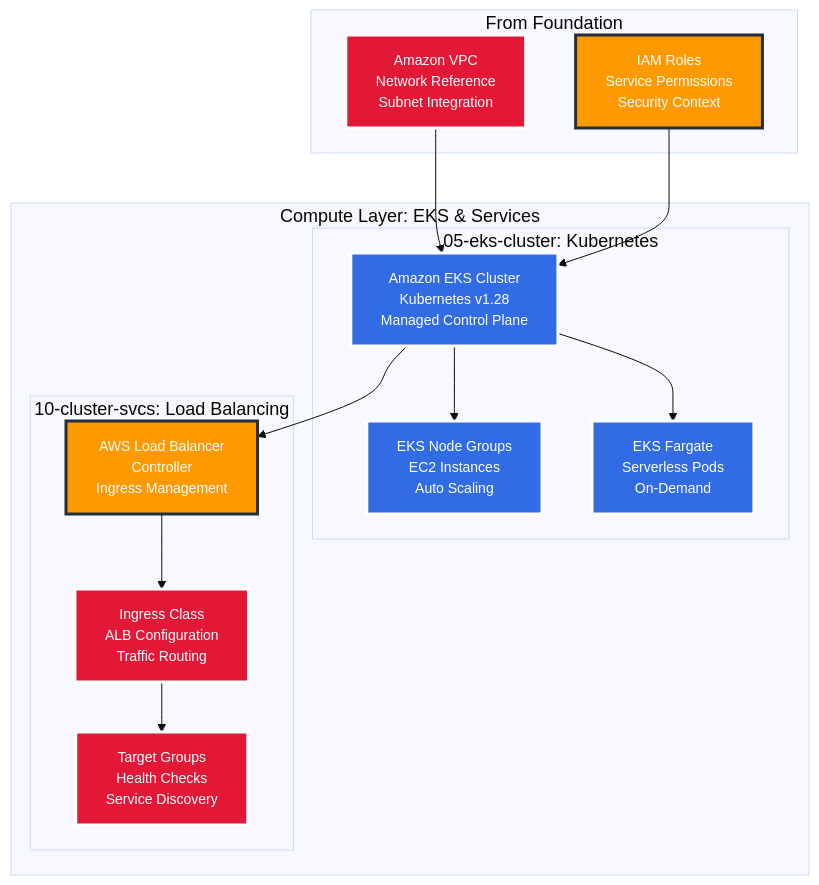
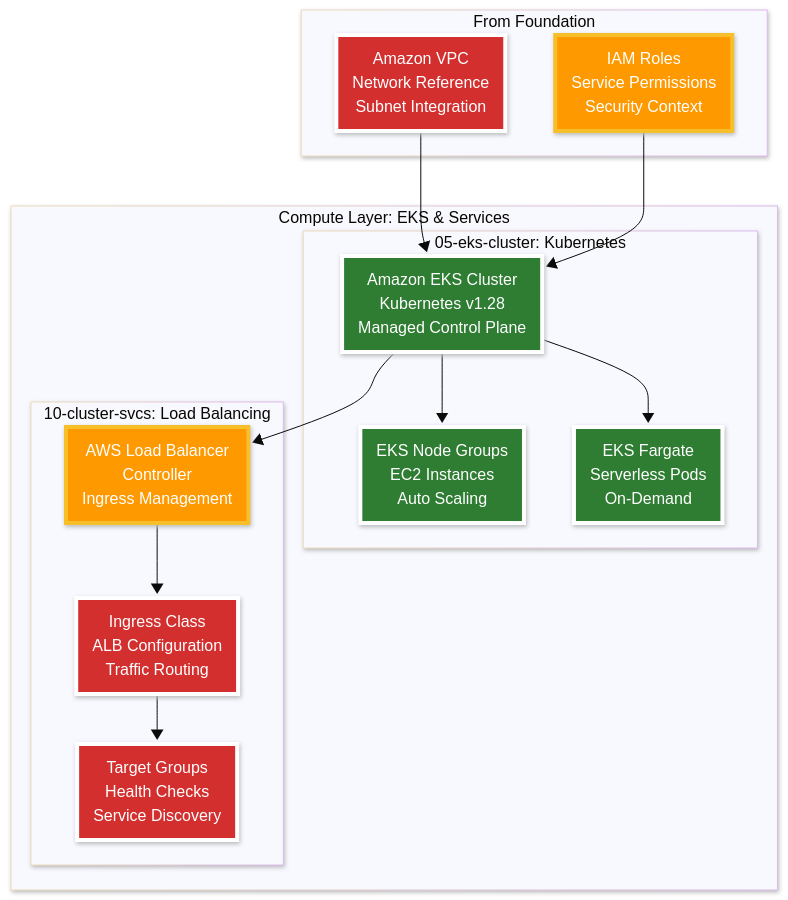
Before and after one commit to pulumi/pulumi-self-hosted-installers: the diagram in eks-hosted/diagrams/03-compute.mmd, drawn with Mermaid. The commit also changed 55 other files, not shown here.

```diff
--- a/eks-hosted/diagrams/03-compute.mmd
+++ b/eks-hosted/diagrams/03-compute.mmd
@@ -1,32 +1,36 @@
-%%{init: {'theme':'base', 'themeVariables': {'fontSize': '18px', 'fontFamily': 'Arial, sans-serif'}}}%%
+---
+config:
+  look: neo
+  theme: base
+---
 graph TD
-    classDef k8s fill:#326CE5,stroke:#FFFFFF,stroke-width:3px,color:#FFFFFF,font-size:14px
-    classDef aws fill:#FF9900,stroke:#232F3E,stroke-width:3px,color:#FFFFFF,font-size:14px
-    classDef network fill:#E31837,stroke:#FFFFFF,stroke-width:3px,color:#FFFFFF,font-size:14px
+    classDef awsCompute fill:#2E7D32,stroke:#FFFFFF,stroke-width:4px,color:#FFFFFF
+    classDef awsInfra fill:#FF9900,stroke:#f7bf2a,stroke-width:4px,color:#FFFFFF
+    classDef awsNetwork fill:#D32F2F,stroke:#FFFFFF,stroke-width:4px,color:#FFFFFF
     
     subgraph COMPUTE["Compute Layer: EKS & Services"]
         subgraph EKS_CLUSTER["05-eks-cluster: Kubernetes"]
-            EKS[Amazon EKS Cluster<br/>Kubernetes v1.28<br/>Managed Control Plane]:::k8s
-            NODES[EKS Node Groups<br/>EC2 Instances<br/>Auto Scaling]:::k8s
-            FARGATE[EKS Fargate<br/>Serverless Pods<br/>On-Demand]:::k8s
+            EKS[Amazon EKS Cluster<br/>Kubernetes v1.28<br/>Managed Control Plane]:::awsCompute
+            NODES[EKS Node Groups<br/>EC2 Instances<br/>Auto Scaling]:::awsCompute
+            FARGATE[EKS Fargate<br/>Serverless Pods<br/>On-Demand]:::awsCompute
         end
         
         subgraph CLUSTER_SVCS["10-cluster-svcs: Load Balancing"]
-            ALB_CONTROLLER[AWS Load Balancer<br/>Controller<br/>Ingress Management]:::aws
-            INGRESS_CLASS[Ingress Class<br/>ALB Configuration<br/>Traffic Routing]:::network
-            TARGET_GROUPS[Target Groups<br/>Health Checks<br/>Service Discovery]:::network
+            ALB_CONTROLLER[AWS Load Balancer<br/>Controller<br/>Ingress Management]:::awsInfra
+            INGRESS_CLASS[Ingress Class<br/>ALB Configuration<br/>Traffic Routing]:::awsNetwork
+            TARGET_GROUPS[Target Groups<br/>Health Checks<br/>Service Discovery]:::awsNetwork
         end
     end
     
     subgraph NET_REF["From Foundation"]
-        VPC_REF[Amazon VPC<br/>Network Reference<br/>Subnet Integration]:::network
-        IAM_REF[IAM Roles<br/>Service Permissions<br/>Security Context]:::aws
+        VPC_REF[Amazon VPC<br/>Network Reference<br/>Subnet Integration]:::awsNetwork
+        IAM_REF[IAM Roles<br/>Service Permissions<br/>Security Context]:::awsInfra
     end
     
     VPC_REF --> EKS
     IAM_REF --> EKS
     EKS --> NODES
     EKS --> FARGATE
     EKS --> ALB_CONTROLLER
     ALB_CONTROLLER --> INGRESS_CLASS
     INGRESS_CLASS --> TARGET_GROUPS
```
